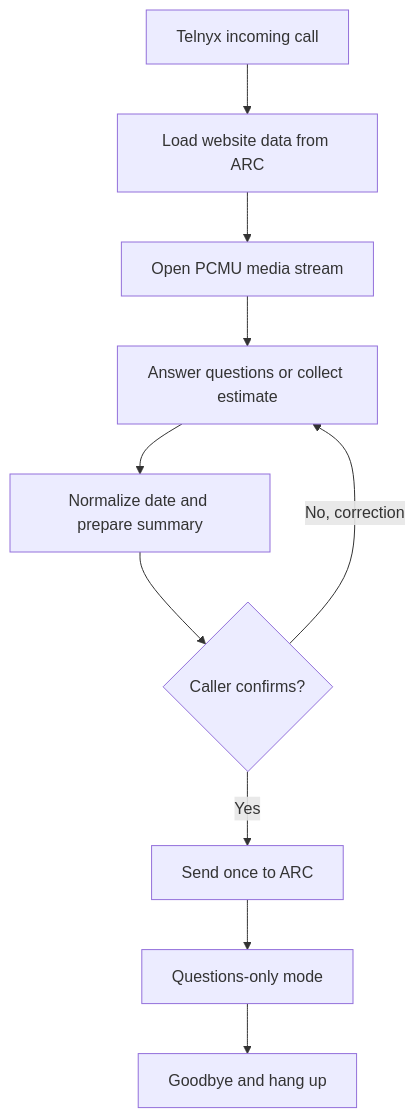
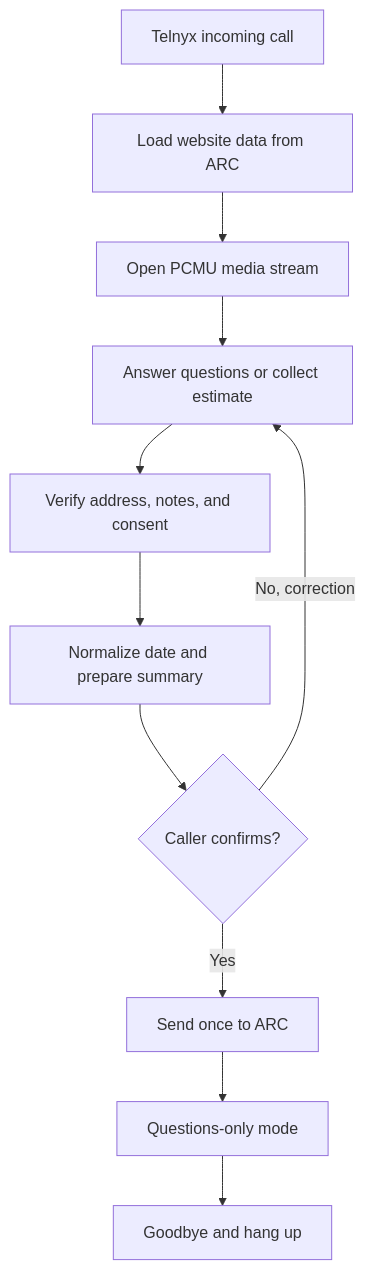
One commit to christensenandrew455-cell/tabor-painting-receptionist changed the diagram in README.md. Above: the diagram before and after it, drawn with Mermaid. The commit also changed other lines of this file and 4 other files, not shown here.

First line of the commit message:
Polish estimate call flow (#13)

````diff
--- a/README.md
+++ b/README.md
@@ -40,12 +42,13 @@
 ```mermaid
 flowchart TD
     A[Telnyx incoming call] --> B[Load website data from ARC]
     B --> C[Open PCMU media stream]
     C --> D[Answer questions or collect estimate]
-    D --> E[Normalize date and prepare summary]
-    E --> F{Caller confirms?}
+    D --> E[Verify address, notes, and consent]
+    E --> J[Normalize date and prepare summary]
+    J --> F{Caller confirms?}
     F -- No, correction --> D
     F -- Yes --> G[Send once to ARC]
     G --> H[Questions-only mode]
     H --> I[Goodbye and hang up]
 ```
````
